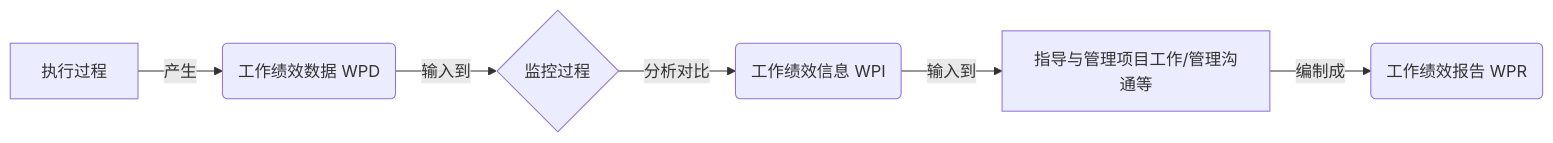
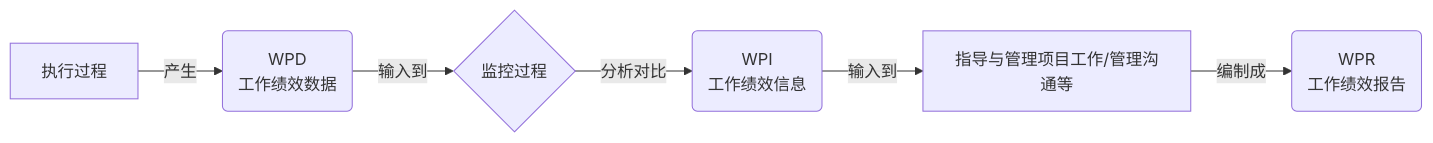
The second of 2 diagrams in notes/09-PMBOK6与过程组-精解.md (7kolor/pmp-notes), drawn with Mermaid before and after one commit. The commit also changed other lines of this file and 4 other files, not shown here.

````diff
--- a/notes/09-PMBOK6与过程组-精解.md
+++ b/notes/09-PMBOK6与过程组-精解.md
@@ -154,8 +78,8 @@
 ```mermaid
 graph LR
-    A[执行过程] --产生--> B(工作绩效数据 WPD);
+    A[执行过程] --产生--> B(WPD<br>工作绩效数据);
     B --输入到--> C{监控过程};
-    C --分析对比--> D(工作绩效信息 WPI);
+    C --分析对比--> D(WPI<br>工作绩效信息);
     D --输入到--> E[指导与管理项目工作/管理沟通等];
-    E --编制成--> F(工作绩效报告 WPR);
+    E --编制成--> F(WPR<br>工作绩效报告);
 ```
````
